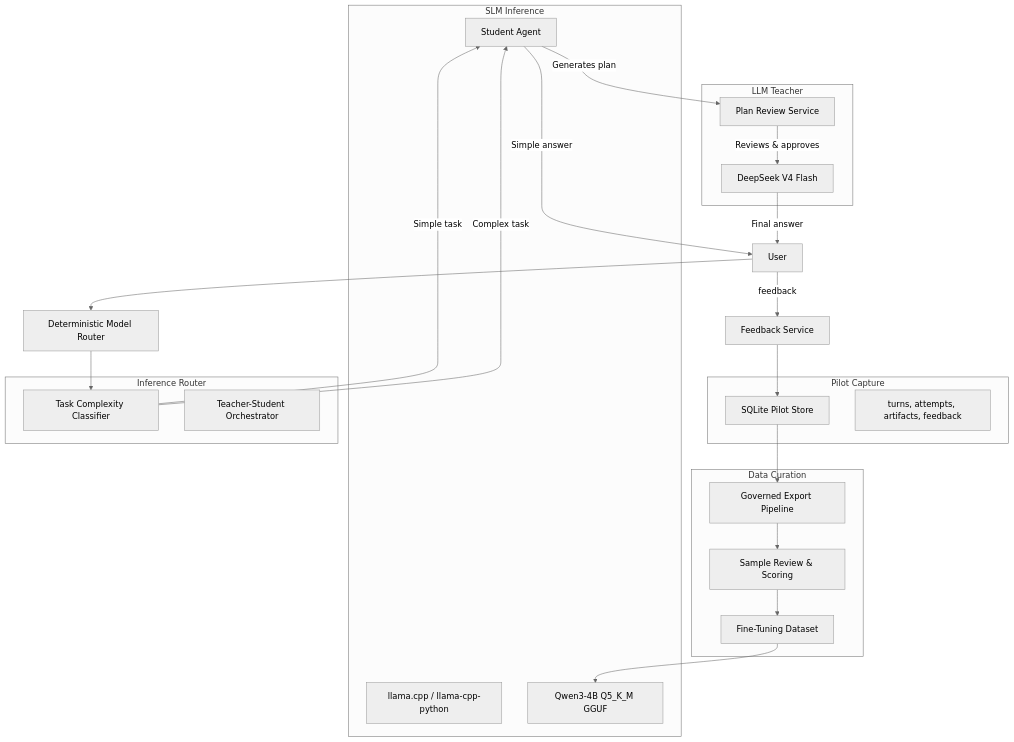
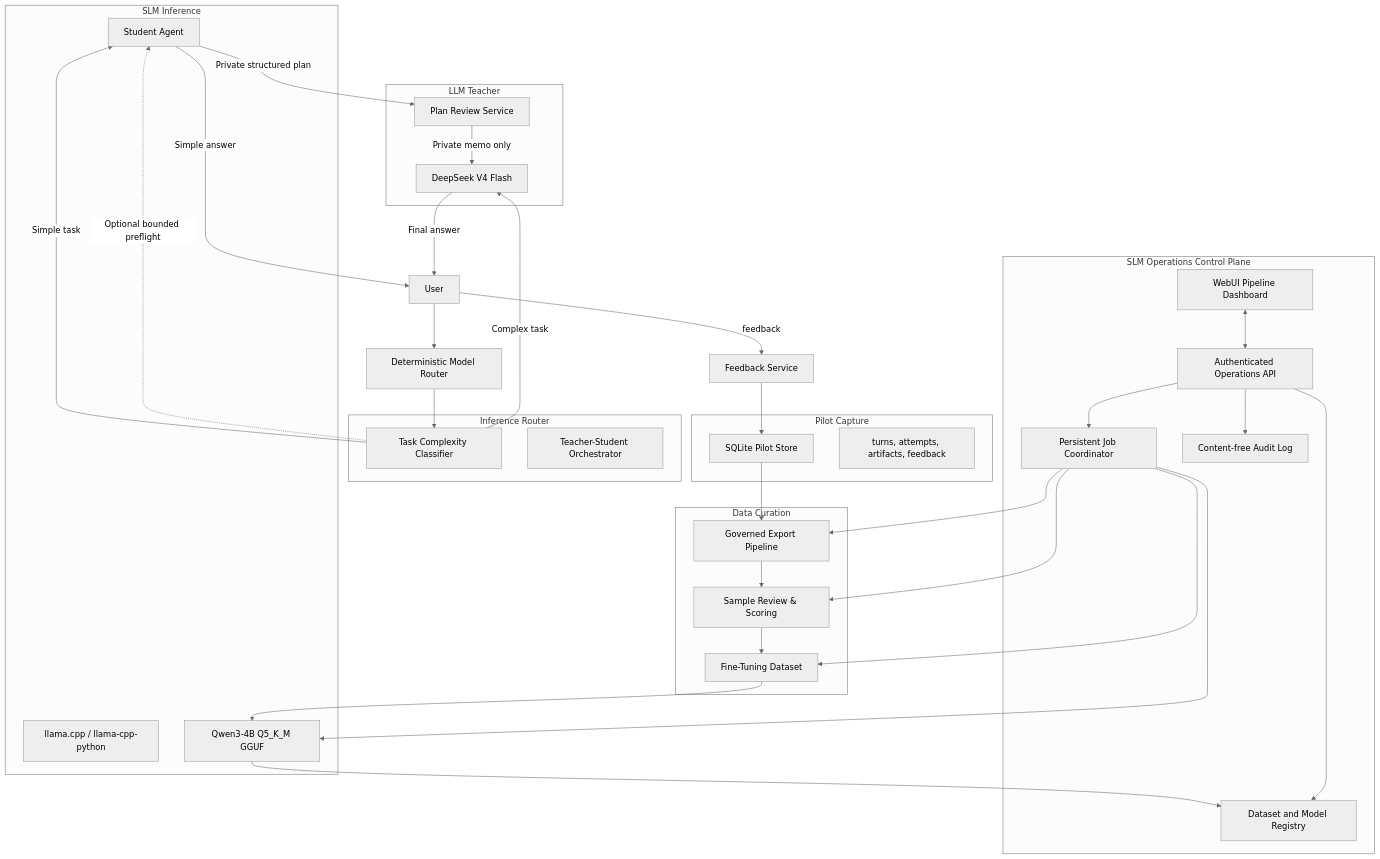
The diagram in docs/superpowers/plans/2026-08-07-pilot-slm-distillation-plan.md (cuongpt083/nanobot), drawn with Mermaid (neutral theme) before and after one commit. The commit also changed other lines of this file, not shown here.

Commit message:
docs(pilot): detail slm distillation implementation plan

````diff
--- a/docs/superpowers/plans/2026-08-07-pilot-slm-distillation-plan.md
+++ b/docs/superpowers/plans/2026-08-07-pilot-slm-distillation-plan.md
@@ -17,46 +21,65 @@
 ```mermaid
 flowchart TD
     subgraph Capture[Pilot Capture]
         STORE[SQLite Pilot Store]
         TURNS[turns, attempts, artifacts, feedback]
     end
 
     subgraph Curation[Data Curation]
         EXPORT[Governed Export Pipeline]
         REVIEW[Sample Review & Scoring]
         DATASET[Fine-Tuning Dataset]
     end
 
     subgraph SLM[SLM Inference]
         LLAMA[llama.cpp / llama-cpp-python]
         QWEN[Qwen3-4B Q5_K_M GGUF]
         STUDENT[Student Agent]
     end
 
     subgraph Teacher[LLM Teacher]
         DS[DeepSeek V4 Flash]
         REVIEWER[Plan Review Service]
     end
 
     subgraph Routing[Inference Router]
         CLASSIFIER[Task Complexity Classifier]
         ORCHESTRATOR[Teacher-Student Orchestrator]
     end
 
+    subgraph Operations[SLM Operations Control Plane]
+        JOBS[Persistent Job Coordinator]
+        API[Authenticated Operations API]
+        DASH[WebUI Pipeline Dashboard]
+        REGISTRY[Dataset and Model Registry]
+        AUDIT[Content-free Audit Log]
+    end
+
     USER[User] --> ROUTER[Deterministic Model Router]
     ROUTER --> CLASSIFIER
     CLASSIFIER -- Simple task --> STUDENT
-    CLASSIFIER -- Complex task --> STUDENT
-    STUDENT -- Generates plan --> REVIEWER
-    REVIEWER -- Reviews & approves --> DS
+    CLASSIFIER -- Complex task --> DS
+    CLASSIFIER -. Optional bounded preflight .-> STUDENT
+    STUDENT -- Private structured plan --> REVIEWER
+    REVIEWER -- Private memo only --> DS
     STUDENT -- Simple answer --> USER
     DS -- Final answer --> USER
 
     USER -->|feedback| FEEDBACK[Feedback Service]
     FEEDBACK --> STORE
 
     STORE --> EXPORT
     EXPORT --> REVIEW
     REVIEW --> DATASET
     DATASET --> QWEN
+
+    JOBS --> EXPORT
+    JOBS --> REVIEW
+    JOBS --> DATASET
+    JOBS --> QWEN
+    QWEN --> REGISTRY
+    API --> JOBS
+    API --> REGISTRY
+    DASH <--> API
+    API --> AUDIT
 ```
````
